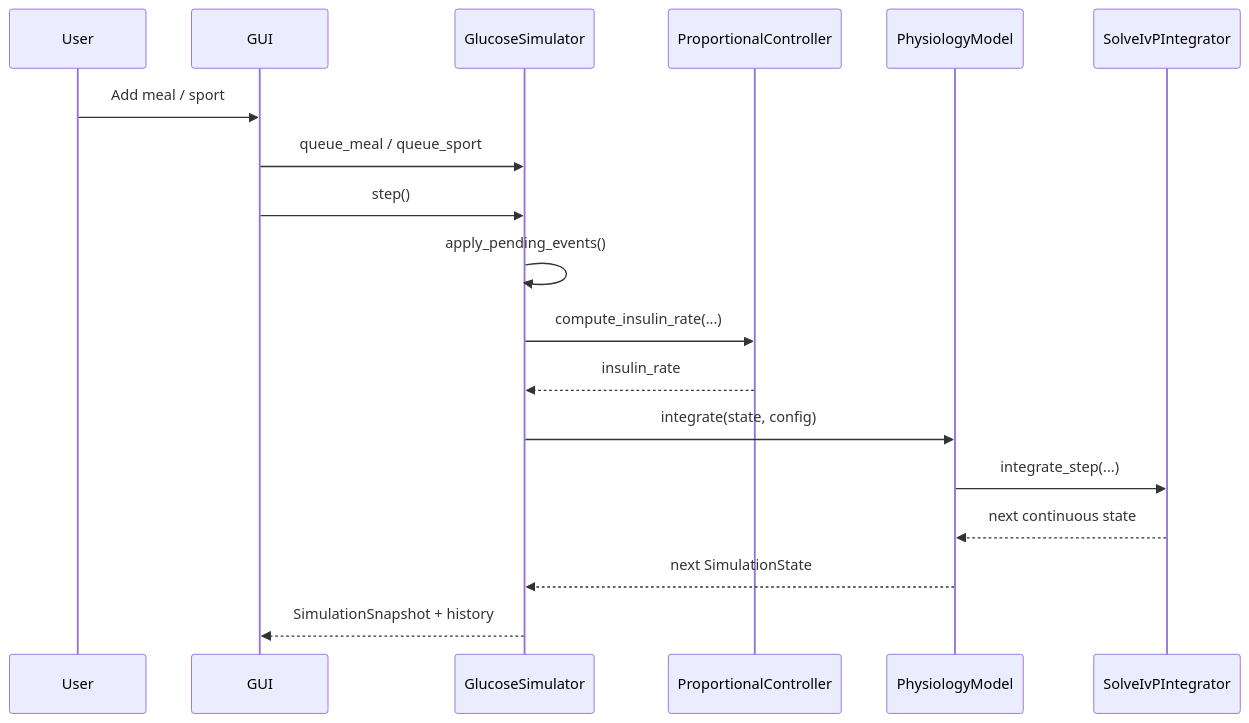
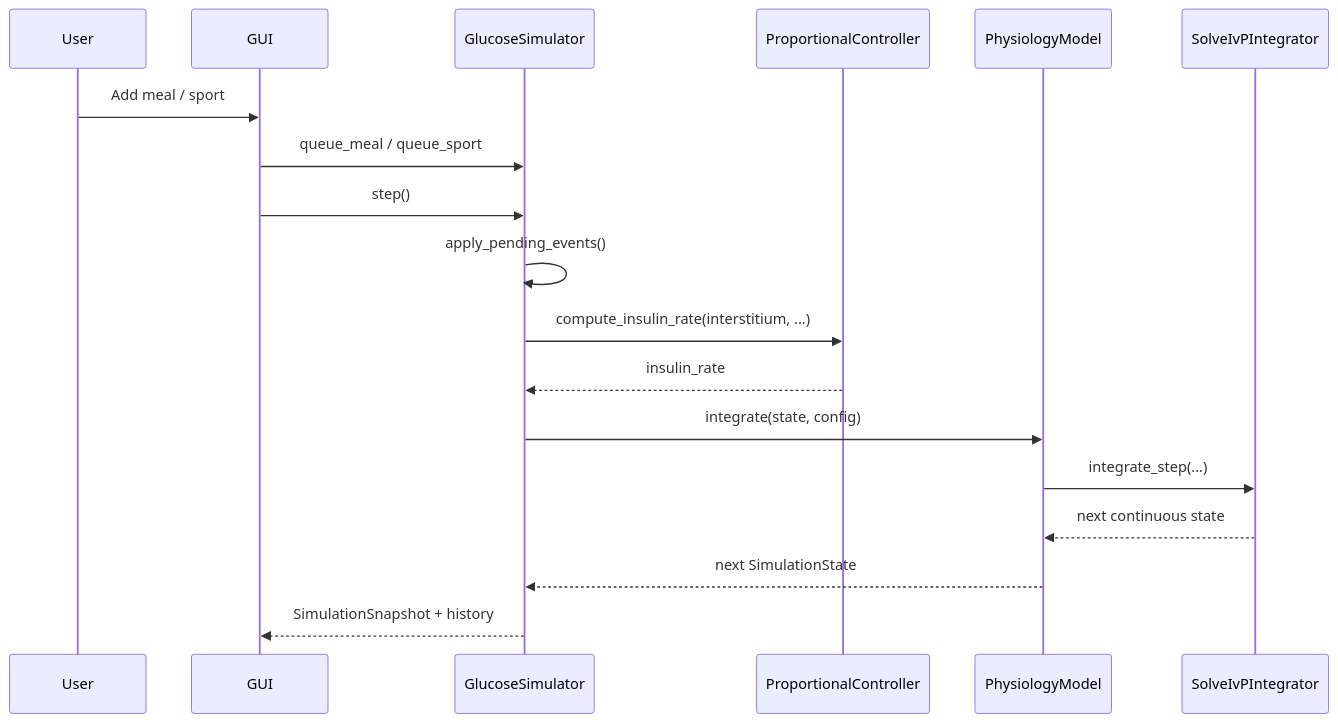
Before and after one commit to listi634/DT_BloodSugar_Insulin_Team1: the first of 2 diagrams in project_files/simulation_summary.md, drawn with Mermaid. The commit also changed other lines of this file and 8 other files, not shown here.

````diff
--- a/project_files/simulation_summary.md
+++ b/project_files/simulation_summary.md
@@ -71,21 +73,21 @@
 ```mermaid
 sequenceDiagram
     participant User
     participant GUI
     participant Sim as GlucoseSimulator
     participant Ctrl as ProportionalController
     participant Model as PhysiologyModel
     participant Int as SolveIvPIntegrator
 
     User->>GUI: Add meal / sport
     GUI->>Sim: queue_meal / queue_sport
     GUI->>Sim: step()
     Sim->>Sim: apply_pending_events()
-    Sim->>Ctrl: compute_insulin_rate(...)
+    Sim->>Ctrl: compute_insulin_rate(interstitium, ...)
     Ctrl-->>Sim: insulin_rate
     Sim->>Model: integrate(state, config)
     Model->>Int: integrate_step(...)
     Int-->>Model: next continuous state
     Model-->>Sim: next SimulationState
     Sim-->>GUI: SimulationSnapshot + history
 ```
````
